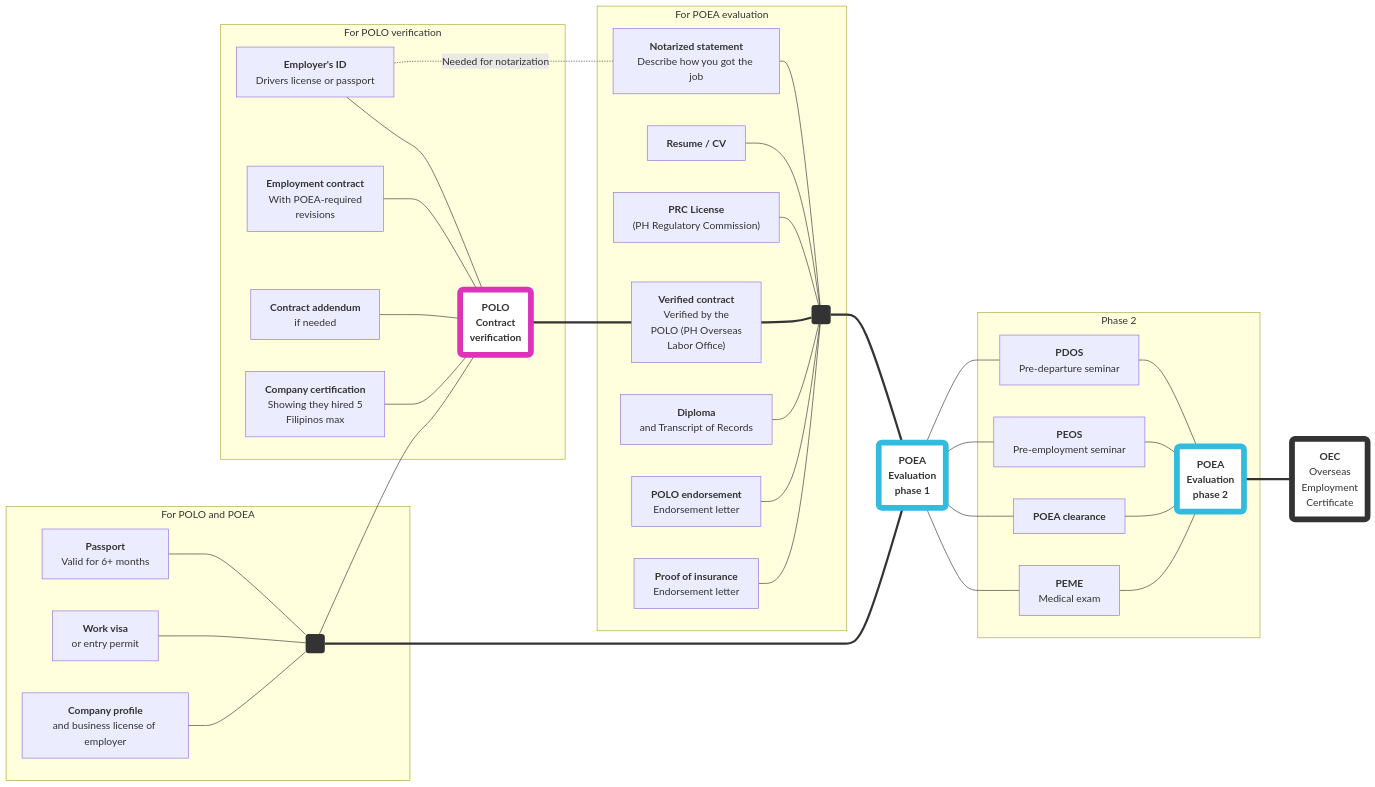
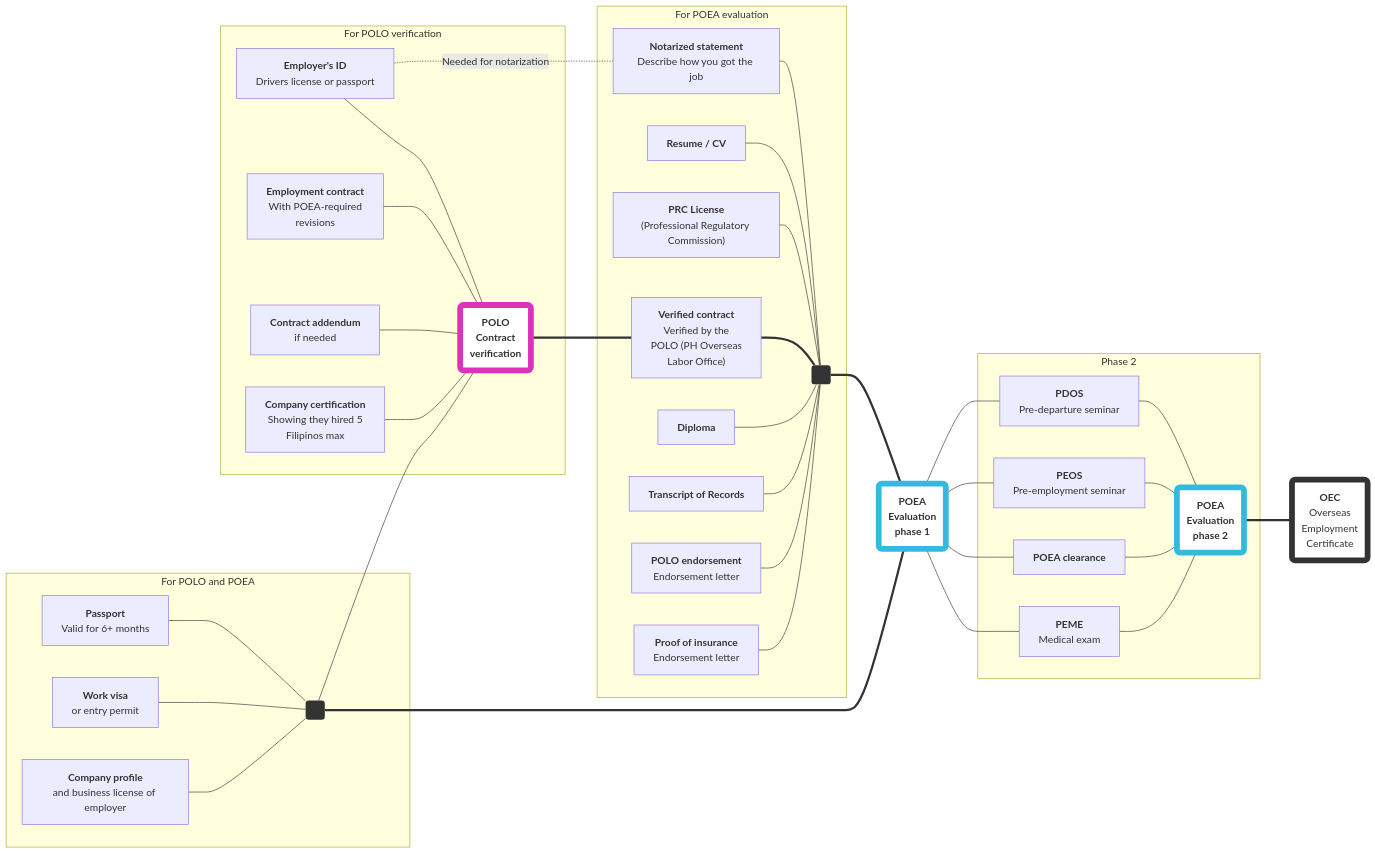
One commit to rstacruz/oec-guide changed the diagram in docs/requirements_overview.md. Above: the diagram before and after it, drawn with Mermaid. The commit also changed other lines of this file and 9 other files, not shown here.

```diff
--- a/docs/requirements_overview.md
+++ b/docs/requirements_overview.md
@@ -49,8 +49,11 @@
 
 JOBDOCS(" ")
 CV["<b>Resume / CV</b>"]
-PRC["<b>PRC License</b><br>(PH Regulatory Commission)"]
-DIPLOMA["<b>Diploma</b><br>and Transcript of Records"]
+PRC["<b>PRC License</b><br>(Professional Regulatory Commission)"]
+click PRC "./prc_license.html" "PRC license"
+
+DIPLOMA["<b>Diploma</b>"]
+TRANSCRIPT["<b>Transcript of Records</b>"]
 PROFILE["<b>Company profile</b><br>and business license of employer"]
 
 OEC === EVAL2
@@ -72,6 +75,7 @@
 JOBDOCS --- PRC
 JOBDOCS === VERIFIED
 JOBDOCS --- DIPLOMA
+JOBDOCS --- TRANSCRIPT
 JOBDOCS --- ENDORSEMENT
 JOBDOCS --- INSURANCE
 end
```
